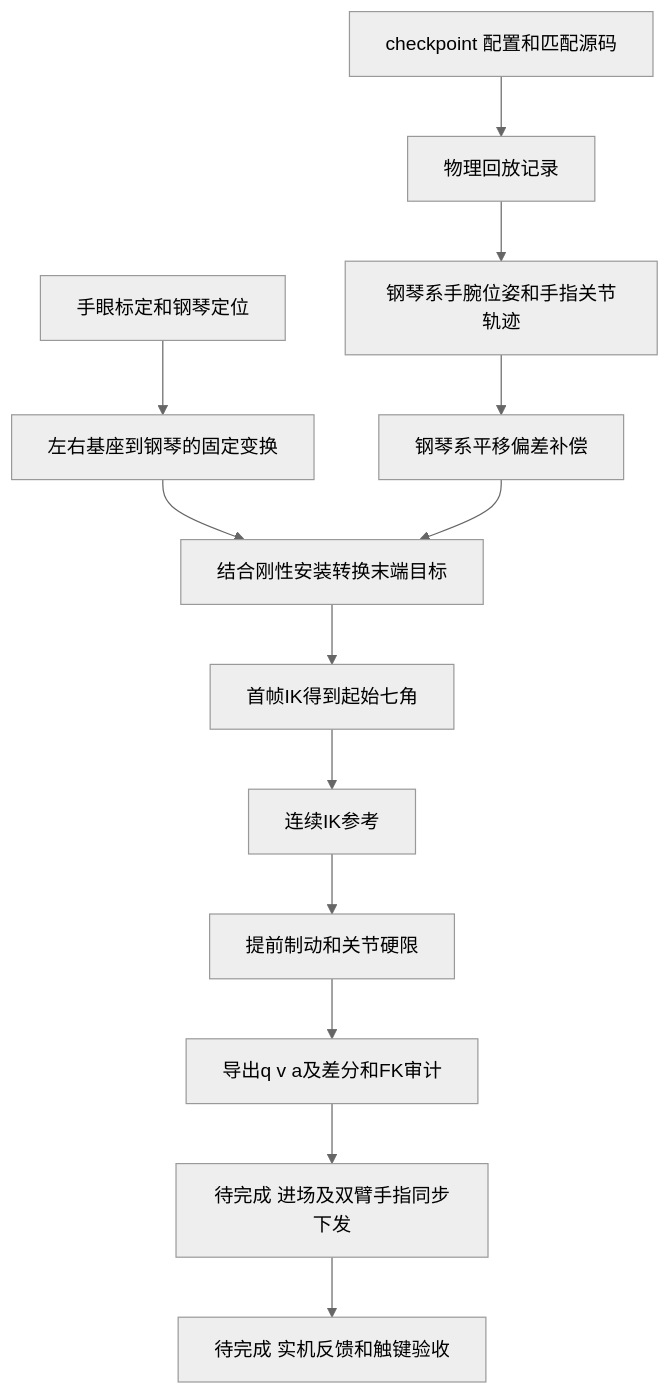
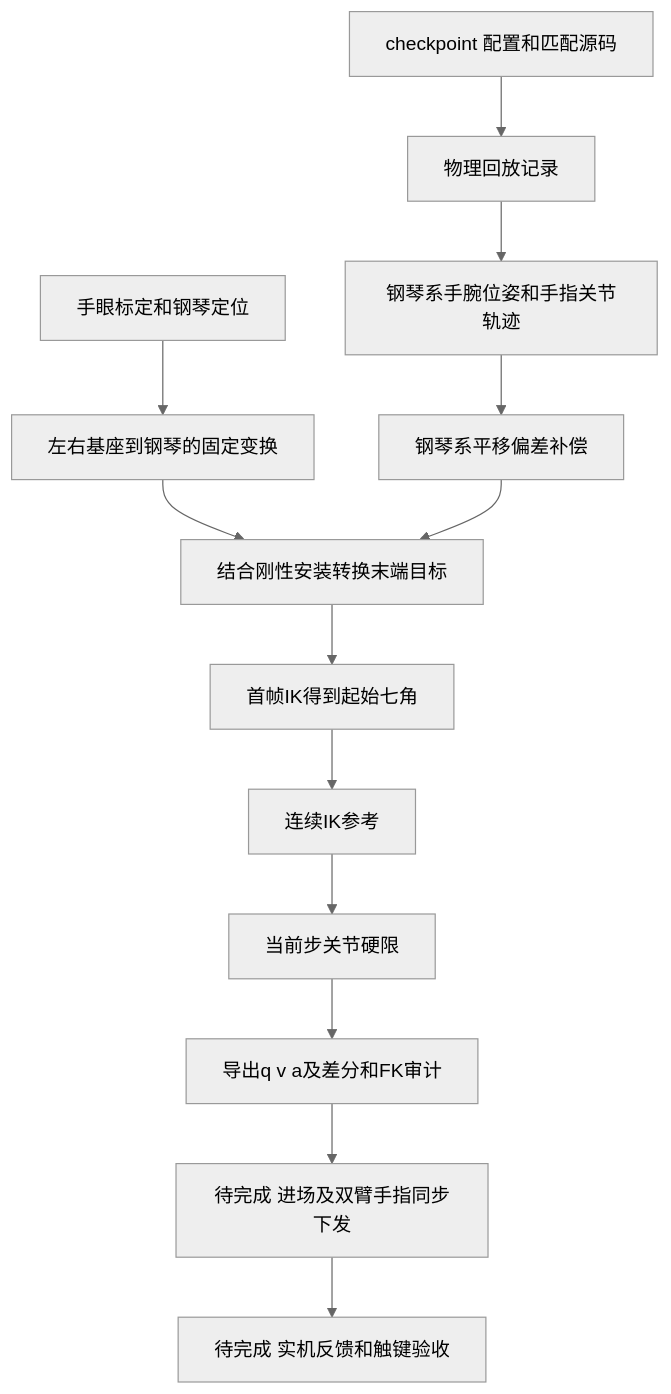
Before and after one commit to AGIMani/TsenseIianist: the diagram in docs/rl_to_hardware_trajectory_workflow_20261013.md, drawn with Mermaid (neutral theme). The commit also changed other lines of this file and 2136 other files, not shown here.

````diff
--- a/docs/rl_to_hardware_trajectory_workflow_20261013.md
+++ b/docs/rl_to_hardware_trajectory_workflow_20261013.md
@@ -9,15 +9,15 @@
 ```mermaid
 flowchart TD
     A[checkpoint 配置和匹配源码] --> B[物理回放记录]
     B --> C[钢琴系手腕位姿和手指关节轨迹]
     D[手眼标定和钢琴定位] --> E[左右基座到钢琴的固定变换]
     C --> F[钢琴系平移偏差补偿]
     E --> G[结合刚性安装转换末端目标]
     F --> G
     G --> H[首帧IK得到起始七角]
     H --> I[连续IK参考]
-    I --> J[提前制动和关节硬限]
+    I --> J[当前步关节硬限]
     J --> K[导出q v a及差分和FK审计]
     K --> L[待完成 进场及双臂手指同步下发]
     L --> M[待完成 实机反馈和触键验收]
 ```
````
